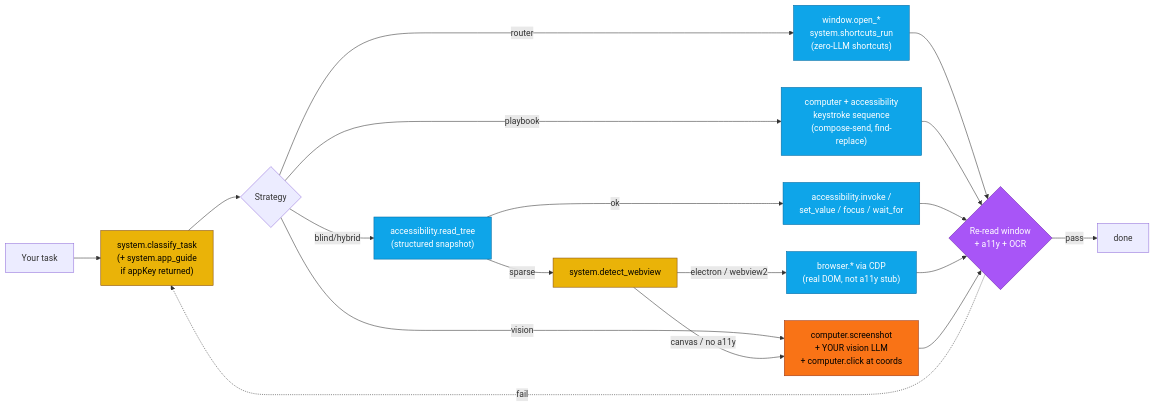
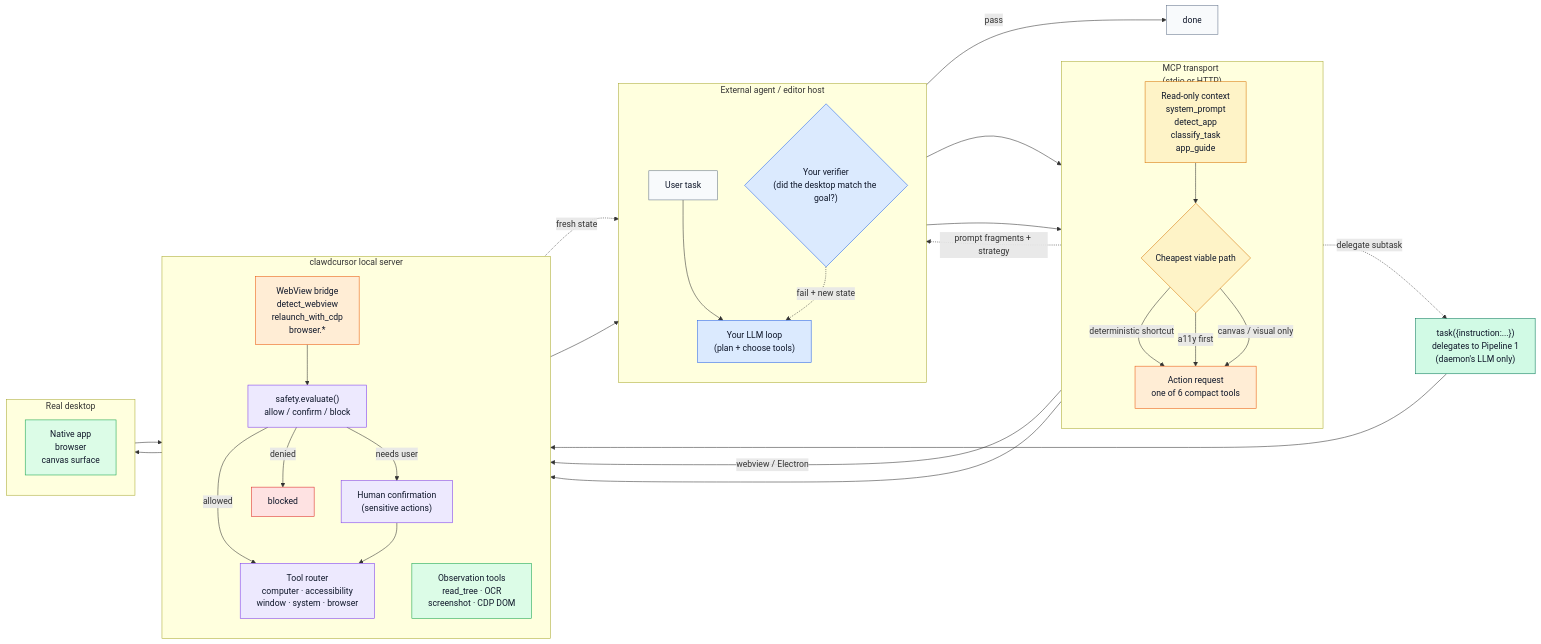
The second of 2 diagrams in README.md (AmrDab/clawd-cursor), drawn with Mermaid before and after one commit. The commit also changed other lines of this file, not shown here.

First line of the commit message:
docs(readme): label both pipelines + fill the autonomous-diagram gaps

````diff
--- a/README.md
+++ b/README.md
@@ -156,34 +193,73 @@
 ```mermaid
 flowchart LR
-    task["Your task"] --> intro["system.classify_task<br/>(+ system.app_guide<br/>if appKey returned)"]
-    intro --> route{Strategy}
+    subgraph agent["External agent / editor host"]
+        direction TB
+        task["User task"] --> loop["Your LLM loop<br/>(plan + choose tools)"]
+        verify{"Your verifier<br/>(did the desktop match the goal?)"}
+        verify -. fail + new state .-> loop
+    end
 
-    route -- router       --> det["window.open_*<br/>system.shortcuts_run<br/>(zero-LLM shortcuts)"]
-    route -- playbook     --> play["computer + accessibility<br/>keystroke sequence<br/>(compose-send, find-replace)"]
-    route -- blind/hybrid --> sense["accessibility.read_tree<br/>(structured snapshot)"]
-    route -- vision       --> vis
+    subgraph mcp["MCP transport<br/>(stdio or HTTP)"]
+        direction TB
+        context["Read-only context<br/>system_prompt<br/>detect_app<br/>classify_task<br/>app_guide"]
+        route{"Cheapest viable path"}
+        action["Action request<br/>one of 6 compact tools"]
+    end
 
-    sense -- sparse        --> wv["system.detect_webview"]
-    wv -- electron / webview2 --> cdp["browser.* via CDP<br/>(real DOM, not a11y stub)"]
-    wv -- canvas / no a11y    --> vis["computer.screenshot<br/>+ YOUR vision LLM<br/>+ computer.click at coords"]
-    sense -- ok            --> act["accessibility.invoke /<br/>set_value / focus / wait_for"]
+    subgraph server["clawdcursor local server"]
+        direction TB
+        safety["safety.evaluate()<br/>allow / confirm / block"]
+        confirm["Human confirmation<br/>(sensitive actions)"]
+        tools["Tool router<br/>computer · accessibility<br/>window · system · browser"]
+        observe["Observation tools<br/>read_tree · OCR<br/>screenshot · CDP DOM"]
+        webview["WebView bridge<br/>detect_webview<br/>relaunch_with_cdp<br/>browser.*"]
+        blocked["blocked"]
+    end
 
-    det  --> verify
-    play --> verify
-    act  --> verify
-    cdp  --> verify
-    vis  --> verify
+    subgraph desktop["Real desktop"]
+        direction TB
+        app["Native app<br/>browser<br/>canvas surface"]
+    end
 
-    verify{"Re-read window<br/>+ a11y + OCR"} -- pass --> done["done"]
-    verify -. fail .-> intro
+    loop --> context
+    context -. prompt fragments + strategy .-> loop
+    context --> route
+    loop --> route
 
-    classDef intro     fill:#eab308,stroke:#854d0e,color:#000;
-    classDef rung      fill:#0ea5e9,stroke:#0369a1,color:#fff;
-    classDef gate      fill:#a855f7,stroke:#6b21a8,color:#fff;
-    classDef expensive fill:#f97316,stroke:#9a3412,color:#000;
+    route -- deterministic shortcut --> action
+    route -- a11y first --> action
+    route -- webview / Electron --> webview
+    route -- canvas / visual only --> action
+    route -. delegate subtask .-> handoff["task({instruction:...})<br/>delegates to Pipeline 1<br/>(daemon's LLM only)"]
 
-    class intro,wv intro;
-    class det,play,sense,act,cdp rung;
-    class verify gate;
-    class vis expensive;
+    action --> safety
+    webview --> safety
+    handoff --> safety
+    safety -- allowed --> tools
+    safety -- needs user --> confirm --> tools
+    safety -- denied --> blocked
+
+    tools --> app
+    app --> observe
+    observe -. fresh state .-> loop
+    observe --> verify
+    verify -- pass --> done["done"]
+
+    classDef input fill:#f8fafc,stroke:#64748b,color:#0f172a;
+    classDef agentNode fill:#dbeafe,stroke:#2563eb,color:#0f172a;
+    classDef contextNode fill:#fef3c7,stroke:#d97706,color:#0f172a;
+    classDef gate fill:#ede9fe,stroke:#7c3aed,color:#0f172a;
+    classDef desktopNode fill:#dcfce7,stroke:#16a34a,color:#0f172a;
+    classDef expensive fill:#ffedd5,stroke:#ea580c,color:#0f172a;
+    classDef handoffNode fill:#d1fae5,stroke:#047857,color:#0f172a;
+    classDef stop fill:#fee2e2,stroke:#dc2626,color:#0f172a;
+
+    class task,done input;
+    class loop,verify agentNode;
+    class context,route contextNode;
+    class safety,confirm,tools gate;
+    class observe,app desktopNode;
+    class action,webview expensive;
+    class handoff handoffNode;
+    class blocked stop;
 ```
````
